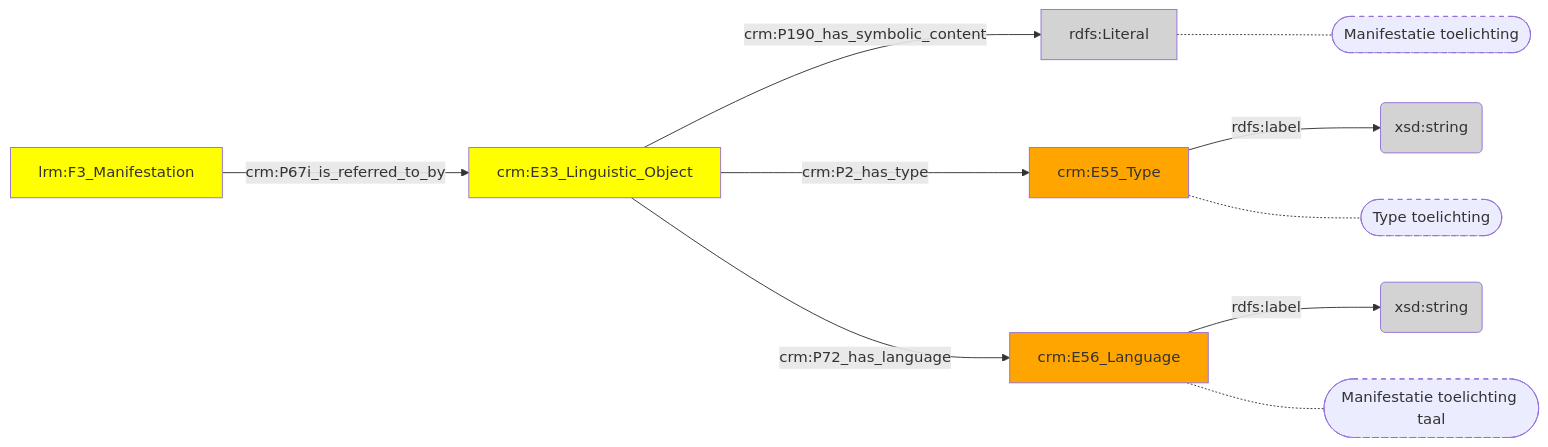
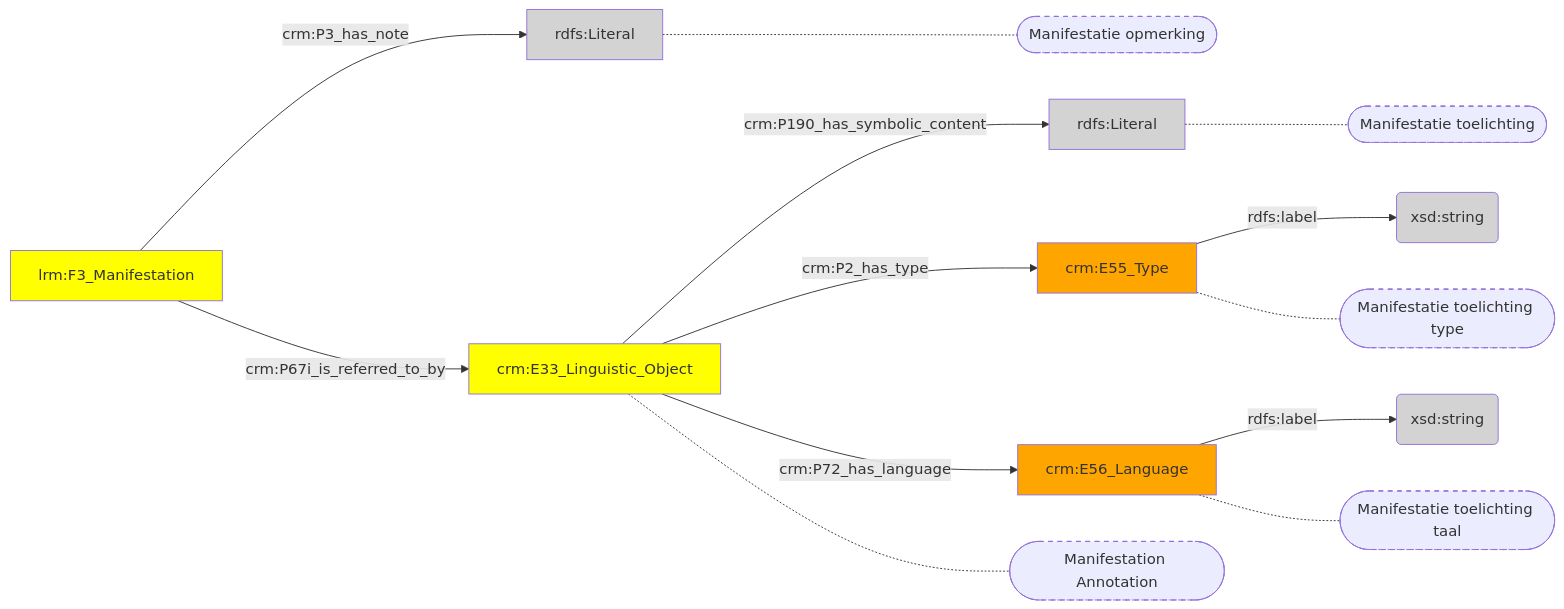
Before and after one commit to digipolisantwerpdocumentation/antwerp-cultureel-erfgoed: the diagram in docs/content/modellen/BibliographicalManifestation/Aantekeningen.md, drawn with Mermaid. The commit also changed 173 other files, not shown here.

````diff
--- a/docs/content/modellen/BibliographicalManifestation/Aantekeningen.md
+++ b/docs/content/modellen/BibliographicalManifestation/Aantekeningen.md
@@ -1,22 +1,28 @@
 ```mermaid
 graph LR
 17e0ec04-8e93-11ee-8f9d-96a6d245525a["crm:E33_Linguistic_Object"]-->|"crm:P190_has_symbolic_content"|17e11724-8e93-11ee-8f9d-96a6d245525a(rdfs:Literal)
+17e0efec-8e93-11ee-8f9d-96a6d245525a["lrm:F3_Manifestation"]-->|"crm:P3_has_note"|cb795e8e-cb07-11ee-b504-960002548b4f(rdfs:Literal)
 17e11698-8e93-11ee-8f9d-96a6d245525a["crm:E55_Type"]-->|"rdfs:label"|17e117b0-8e93-11ee-8f9d-96a6d245525a(xsd:string)
 17e116de-8e93-11ee-8f9d-96a6d245525a["crm:E56_Language"]-->|"rdfs:label"|17e1176a-8e93-11ee-8f9d-96a6d245525a(xsd:string)
 17e0ec04-8e93-11ee-8f9d-96a6d245525a["crm:E33_Linguistic_Object"]-->|"crm:P2_has_type"|17e11698-8e93-11ee-8f9d-96a6d245525a["crm:E55_Type"]
 17e0ec04-8e93-11ee-8f9d-96a6d245525a["crm:E33_Linguistic_Object"]-->|"crm:P72_has_language"|17e116de-8e93-11ee-8f9d-96a6d245525a["crm:E56_Language"]
 17e0efec-8e93-11ee-8f9d-96a6d245525a["lrm:F3_Manifestation"]-->|"crm:P67i_is_referred_to_by"|17e0ec04-8e93-11ee-8f9d-96a6d245525a["crm:E33_Linguistic_Object"]
 17e11724-8e93-11ee-8f9d-96a6d245525a["rdfs:Literal"]-.-17e11724-8e93-11ee-8f9d-96a6d245525a_s(["Manifestatie toelichting"])
-17e11698-8e93-11ee-8f9d-96a6d245525a["crm:E55_Type"]-.-17e11698-8e93-11ee-8f9d-96a6d245525a_s(["Type "toelichting""])
+17e11698-8e93-11ee-8f9d-96a6d245525a["crm:E55_Type"]-.-17e11698-8e93-11ee-8f9d-96a6d245525a_s(["Manifestatie toelichting type"])
 17e116de-8e93-11ee-8f9d-96a6d245525a["crm:E56_Language"]-.-17e116de-8e93-11ee-8f9d-96a6d245525a_s(["Manifestatie toelichting taal"])
+cb795e8e-cb07-11ee-b504-960002548b4f["rdfs:Literal"]-.-cb795e8e-cb07-11ee-b504-960002548b4f_s(["Manifestatie opmerking"])
+17e0ec04-8e93-11ee-8f9d-96a6d245525a["crm:E33_Linguistic_Object"]-.-17e0ec04-8e93-11ee-8f9d-96a6d245525a_s(["Manifestation Annotation"])
 style 17e11724-8e93-11ee-8f9d-96a6d245525a_s stroke-dasharray: 5
 style 17e11698-8e93-11ee-8f9d-96a6d245525a_s stroke-dasharray: 5
 style 17e116de-8e93-11ee-8f9d-96a6d245525a_s stroke-dasharray: 5
+style cb795e8e-cb07-11ee-b504-960002548b4f_s stroke-dasharray: 5
+style 17e0ec04-8e93-11ee-8f9d-96a6d245525a_s stroke-dasharray: 5
 style 17e0ec04-8e93-11ee-8f9d-96a6d245525a fill:#ffff00
 style 17e0efec-8e93-11ee-8f9d-96a6d245525a fill:#ffff00
 style 17e11698-8e93-11ee-8f9d-96a6d245525a fill:#ffa500
 style 17e116de-8e93-11ee-8f9d-96a6d245525a fill:#ffa500
 style 17e11724-8e93-11ee-8f9d-96a6d245525a fill:#D3D3D3
 style 17e1176a-8e93-11ee-8f9d-96a6d245525a fill:#D3D3D3
 style 17e117b0-8e93-11ee-8f9d-96a6d245525a fill:#D3D3D3
+style cb795e8e-cb07-11ee-b504-960002548b4f fill:#D3D3D3
 ```
````
